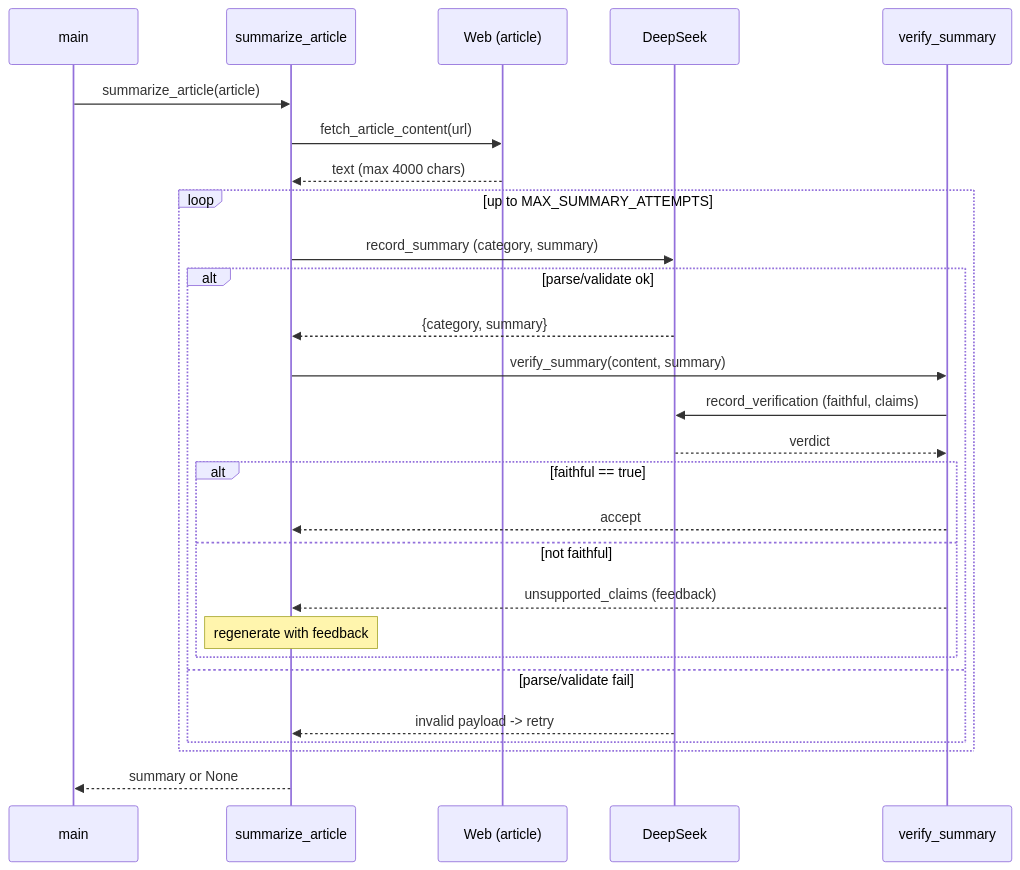
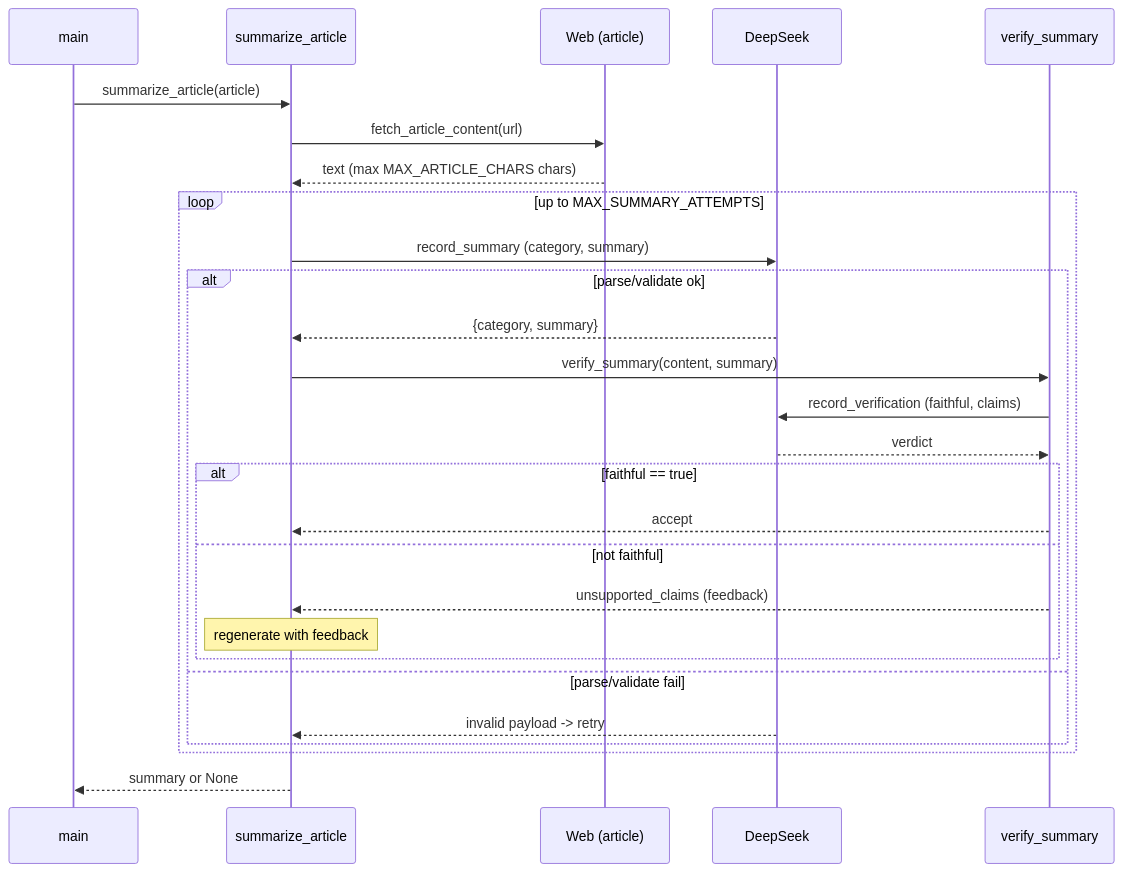
The second of 2 diagrams in eu_ai_act_news/docs/architecture.md (justynak/agent_playground), drawn with Mermaid before and after one commit. The commit also changed other lines of this file and 16 other files, not shown here.

````diff
--- a/eu_ai_act_news/docs/architecture.md
+++ b/eu_ai_act_news/docs/architecture.md
@@ -105,30 +105,30 @@
 ```mermaid
 sequenceDiagram
     participant M as main
     participant S as summarize_article
     participant W as Web (article)
     participant L as DeepSeek
     participant V as verify_summary
 
     M->>S: summarize_article(article)
     S->>W: fetch_article_content(url)
-    W-->>S: text (max 4000 chars)
+    W-->>S: text (max MAX_ARTICLE_CHARS chars)
     loop up to MAX_SUMMARY_ATTEMPTS
         S->>L: record_summary (category, summary)
         alt parse/validate ok
             L-->>S: {category, summary}
             S->>V: verify_summary(content, summary)
             V->>L: record_verification (faithful, claims)
             L-->>V: verdict
             alt faithful == true
                 V-->>S: accept
             else not faithful
                 V-->>S: unsupported_claims (feedback)
                 note over S: regenerate with feedback
             end
         else parse/validate fail
             L-->>S: invalid payload -> retry
         end
     end
     S-->>M: summary or None
 ```
````
